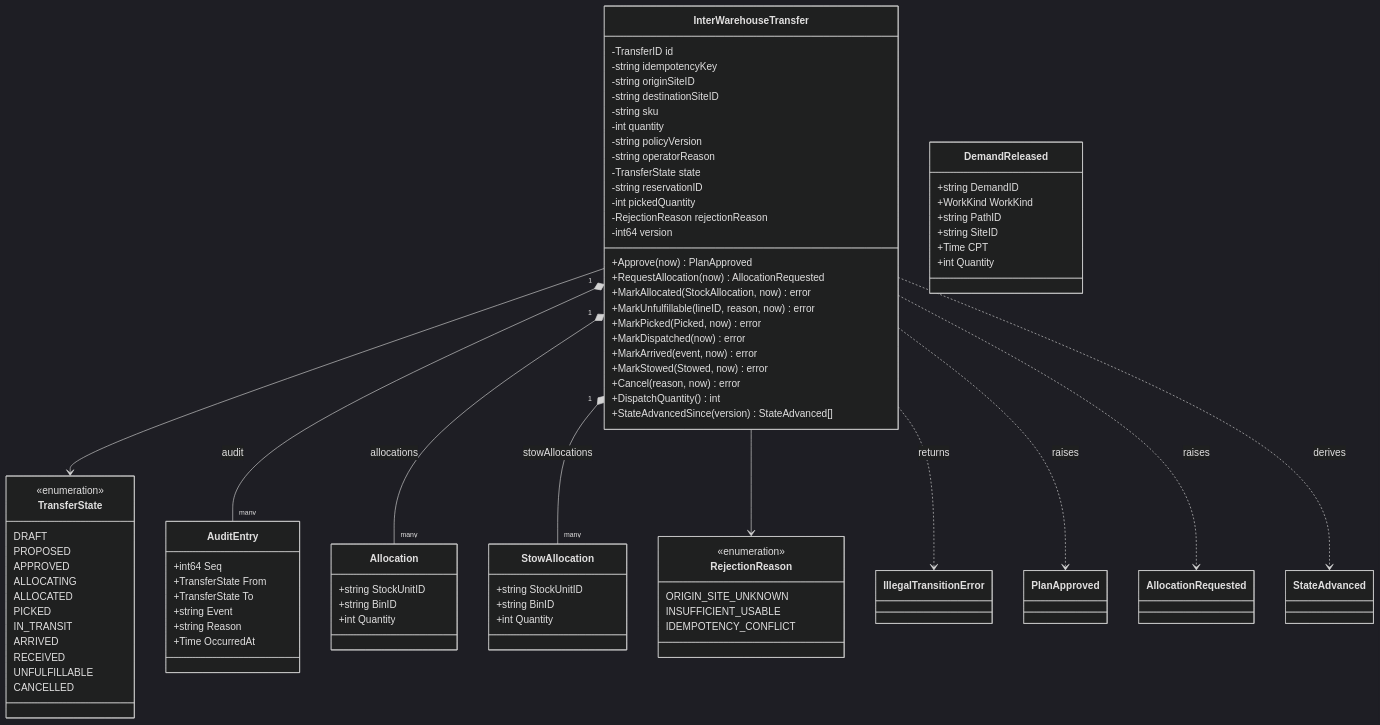
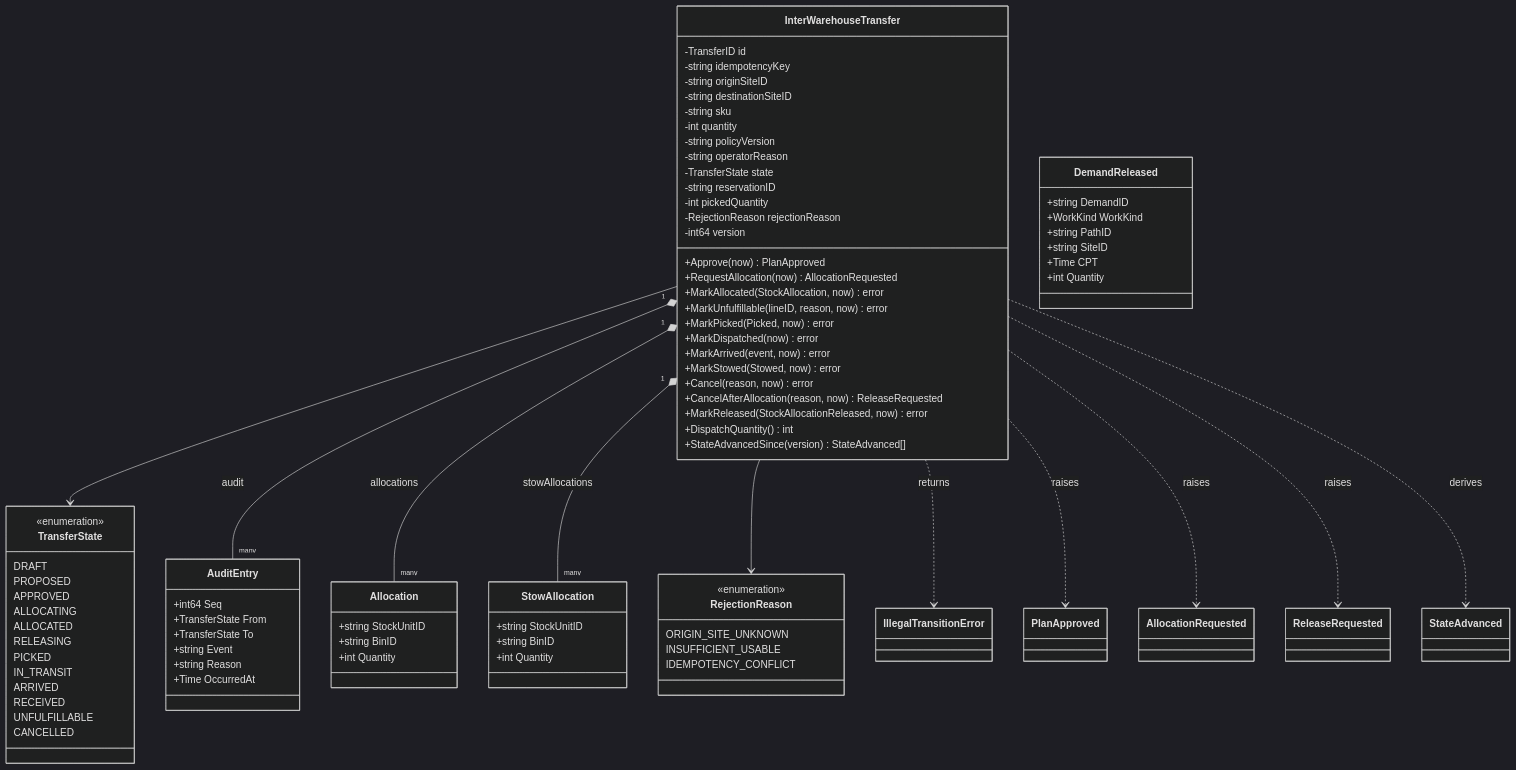
One commit to IQVO/network-inventory-planning changed the first of 4 diagrams in docs/docs/ddd/class-diagram.md. Above: the diagram before and after it, drawn with Mermaid (dark theme). The commit also changed 15 other files, not shown here.

````diff
--- a/docs/docs/ddd/class-diagram.md
+++ b/docs/docs/ddd/class-diagram.md
@@ -39,6 +39,8 @@
     +MarkArrived(event, now) error
     +MarkStowed(Stowed, now) error
     +Cancel(reason, now) error
+    +CancelAfterAllocation(reason, now) ReleaseRequested
+    +MarkReleased(StockAllocationReleased, now) error
     +DispatchQuantity() int
     +StateAdvancedSince(version) StateAdvanced[]
   }
@@ -49,6 +51,7 @@
     APPROVED
     ALLOCATING
     ALLOCATED
+    RELEASING
     PICKED
     IN_TRANSIT
     ARRIVED
@@ -91,6 +94,7 @@
     +Time CPT
     +int Quantity
   }
+  class ReleaseRequested
   class StateAdvanced
   InterWarehouseTransfer --> TransferState
   InterWarehouseTransfer "1" *-- "many" AuditEntry : audit
@@ -100,5 +104,6 @@
   InterWarehouseTransfer ..> IllegalTransitionError : returns
   InterWarehouseTransfer ..> PlanApproved : raises
   InterWarehouseTransfer ..> AllocationRequested : raises
+  InterWarehouseTransfer ..> ReleaseRequested : raises
   InterWarehouseTransfer ..> StateAdvanced : derives
 ```
````
